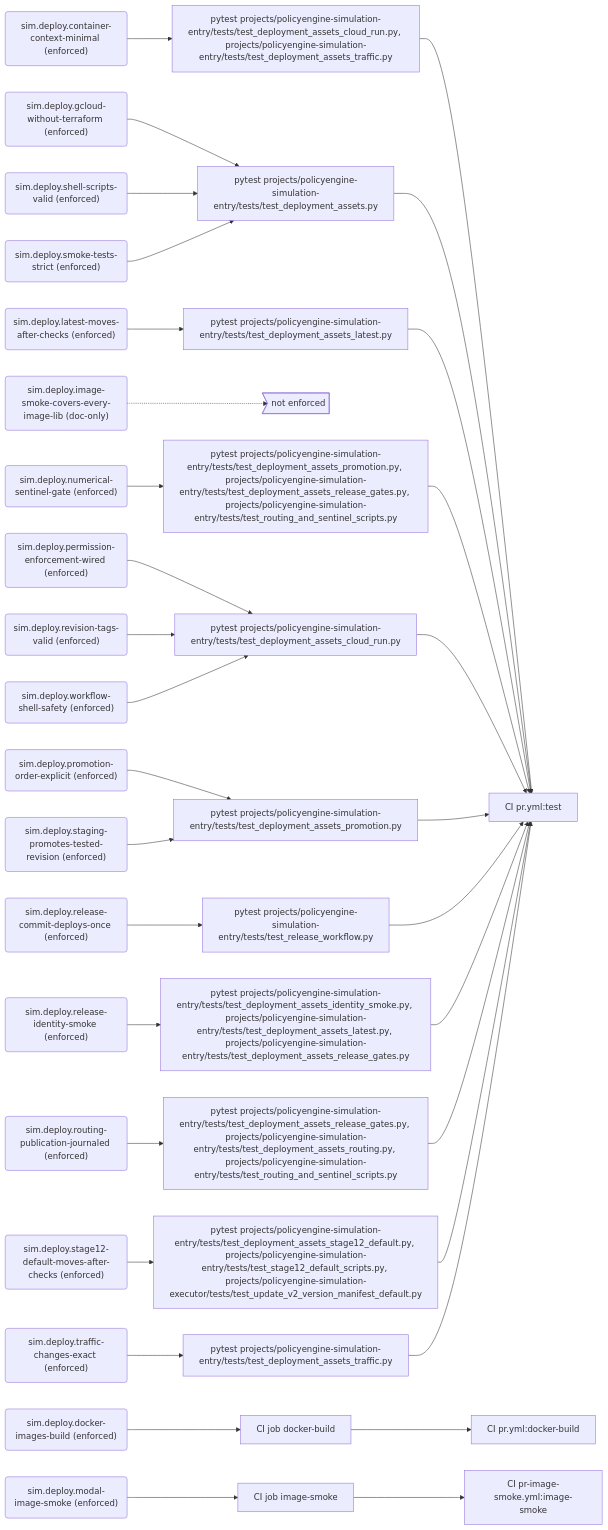
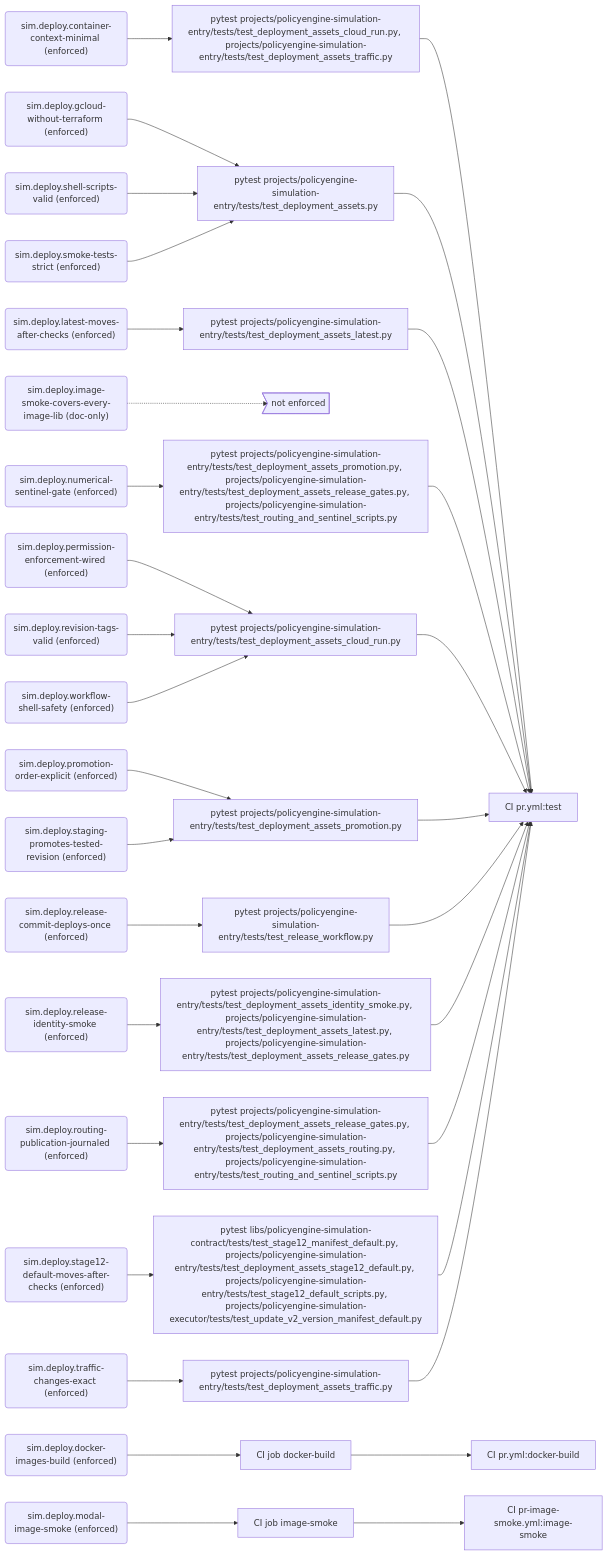
Before and after one commit to PolicyEngine/policyengine-sim-api: the third of 10 diagrams in docs/generated/rules.md, drawn with Mermaid. The commit also changed other lines of this file and 4 other files, not shown here.

First line of the commit message:
Refuse --force-default with --keep-default before opening the v2 manifest, and test the move's write checks

````diff
--- a/docs/generated/rules.md
+++ b/docs/generated/rules.md
@@ -166,71 +166,71 @@
 ```mermaid
 flowchart LR
   r_sim_deploy_container_context_minimal("sim.deploy.container-context-minimal (enforced)")
   e_pytest_projects_policyengine_simulation_entry_tests_test_deployment_assets_cloud_run_py__projects_policyengine_simulation_entry_tests_test_deployment_assets_traffic_py["pytest projects/policyengine-simulation-entry/tests/test_deployment_assets_cloud_run.py, projects/policyengine-simulation-entry/tests/test_deployment_assets_traffic.py"]
   j_CI_pr_yml_test["CI pr.yml:test"]
   r_sim_deploy_docker_images_build("sim.deploy.docker-images-build (enforced)")
   e_CI_job_docker_build["CI job docker-build"]
   j_CI_pr_yml_docker_build["CI pr.yml:docker-build"]
   r_sim_deploy_gcloud_without_terraform("sim.deploy.gcloud-without-terraform (enforced)")
   e_pytest_projects_policyengine_simulation_entry_tests_test_deployment_assets_py["pytest projects/policyengine-simulation-entry/tests/test_deployment_assets.py"]
   r_sim_deploy_image_smoke_covers_every_image_lib("sim.deploy.image-smoke-covers-every-image-lib (doc-only)")
   gap_unenforced>"not enforced"]
   r_sim_deploy_latest_moves_after_checks("sim.deploy.latest-moves-after-checks (enforced)")
   e_pytest_projects_policyengine_simulation_entry_tests_test_deployment_assets_latest_py["pytest projects/policyengine-simulation-entry/tests/test_deployment_assets_latest.py"]
   r_sim_deploy_modal_image_smoke("sim.deploy.modal-image-smoke (enforced)")
   e_CI_job_image_smoke["CI job image-smoke"]
   j_CI_pr_image_smoke_yml_image_smoke["CI pr-image-smoke.yml:image-smoke"]
   r_sim_deploy_numerical_sentinel_gate("sim.deploy.numerical-sentinel-gate (enforced)")
   e_pytest_projects_policyengine_simulation_entry_tests_test_deployment_assets_promotion_py__projects_policyengine_simulation_entry_tests_test_deployment_assets_release_gates_py__projects_policyengine_simulation_entry_tests_test_routing_and_sentinel_scripts_py["pytest projects/policyengine-simulation-entry/tests/test_deployment_assets_promotion.py, projects/policyengine-simulation-entry/tests/test_deployment_assets_release_gates.py, projects/policyengine-simulation-entry/tests/test_routing_and_sentinel_scripts.py"]
   r_sim_deploy_permission_enforcement_wired("sim.deploy.permission-enforcement-wired (enforced)")
   e_pytest_projects_policyengine_simulation_entry_tests_test_deployment_assets_cloud_run_py["pytest projects/policyengine-simulation-entry/tests/test_deployment_assets_cloud_run.py"]
   r_sim_deploy_promotion_order_explicit("sim.deploy.promotion-order-explicit (enforced)")
   e_pytest_projects_policyengine_simulation_entry_tests_test_deployment_assets_promotion_py["pytest projects/policyengine-simulation-entry/tests/test_deployment_assets_promotion.py"]
   r_sim_deploy_release_commit_deploys_once("sim.deploy.release-commit-deploys-once (enforced)")
   e_pytest_projects_policyengine_simulation_entry_tests_test_release_workflow_py["pytest projects/policyengine-simulation-entry/tests/test_release_workflow.py"]
   r_sim_deploy_release_identity_smoke("sim.deploy.release-identity-smoke (enforced)")
   e_pytest_projects_policyengine_simulation_entry_tests_test_deployment_assets_identity_smoke_py__projects_policyengine_simulation_entry_tests_test_deployment_assets_latest_py__projects_policyengine_simulation_entry_tests_test_deployment_assets_release_gates_py["pytest projects/policyengine-simulation-entry/tests/test_deployment_assets_identity_smoke.py, projects/policyengine-simulation-entry/tests/test_deployment_assets_latest.py, projects/policyengine-simulation-entry/tests/test_deployment_assets_release_gates.py"]
   r_sim_deploy_revision_tags_valid("sim.deploy.revision-tags-valid (enforced)")
   r_sim_deploy_routing_publication_journaled("sim.deploy.routing-publication-journaled (enforced)")
   e_pytest_projects_policyengine_simulation_entry_tests_test_deployment_assets_release_gates_py__projects_policyengine_simulation_entry_tests_test_deployment_assets_routing_py__projects_policyengine_simulation_entry_tests_test_routing_and_sentinel_scripts_py["pytest projects/policyengine-simulation-entry/tests/test_deployment_assets_release_gates.py, projects/policyengine-simulation-entry/tests/test_deployment_assets_routing.py, projects/policyengine-simulation-entry/tests/test_routing_and_sentinel_scripts.py"]
   r_sim_deploy_shell_scripts_valid("sim.deploy.shell-scripts-valid (enforced)")
   r_sim_deploy_smoke_tests_strict("sim.deploy.smoke-tests-strict (enforced)")
   r_sim_deploy_stage12_default_moves_after_checks("sim.deploy.stage12-default-moves-after-checks (enforced)")
-  e_pytest_projects_policyengine_simulation_entry_tests_test_deployment_assets_stage12_default_py__projects_policyengine_simulation_entry_tests_test_stage12_default_scripts_py__projects_policyengine_simulation_executor_tests_test_update_v2_version_manifest_default_py["pytest projects/policyengine-simulation-entry/tests/test_deployment_assets_stage12_default.py, projects/policyengine-simulation-entry/tests/test_stage12_default_scripts.py, projects/policyengine-simulation-executor/tests/test_update_v2_version_manifest_default.py"]
+  e_pytest_libs_policyengine_simulation_contract_tests_test_stage12_manifest_default_py__projects_policyengine_simulation_entry_tests_test_deployment_assets_stage12_default_py__projects_policyengine_simulation_entry_tests_test_stage12_default_scripts_py__projects_policyengine_simulation_executor_tests_test_update_v2_version_manifest_default_py["pytest libs/policyengine-simulation-contract/tests/test_stage12_manifest_default.py, projects/policyengine-simulation-entry/tests/test_deployment_assets_stage12_default.py, projects/policyengine-simulation-entry/tests/test_stage12_default_scripts.py, projects/policyengine-simulation-executor/tests/test_update_v2_version_manifest_default.py"]
   r_sim_deploy_staging_promotes_tested_revision("sim.deploy.staging-promotes-tested-revision (enforced)")
   r_sim_deploy_traffic_changes_exact("sim.deploy.traffic-changes-exact (enforced)")
   e_pytest_projects_policyengine_simulation_entry_tests_test_deployment_assets_traffic_py["pytest projects/policyengine-simulation-entry/tests/test_deployment_assets_traffic.py"]
   r_sim_deploy_workflow_shell_safety("sim.deploy.workflow-shell-safety (enforced)")
   r_sim_deploy_container_context_minimal --> e_pytest_projects_policyengine_simulation_entry_tests_test_deployment_assets_cloud_run_py__projects_policyengine_simulation_entry_tests_test_deployment_assets_traffic_py
   e_pytest_projects_policyengine_simulation_entry_tests_test_deployment_assets_cloud_run_py__projects_policyengine_simulation_entry_tests_test_deployment_assets_traffic_py --> j_CI_pr_yml_test
   r_sim_deploy_docker_images_build --> e_CI_job_docker_build
   e_CI_job_docker_build --> j_CI_pr_yml_docker_build
   r_sim_deploy_gcloud_without_terraform --> e_pytest_projects_policyengine_simulation_entry_tests_test_deployment_assets_py
   e_pytest_projects_policyengine_simulation_entry_tests_test_deployment_assets_py --> j_CI_pr_yml_test
   r_sim_deploy_image_smoke_covers_every_image_lib -.-> gap_unenforced
   r_sim_deploy_latest_moves_after_checks --> e_pytest_projects_policyengine_simulation_entry_tests_test_deployment_assets_latest_py
   e_pytest_projects_policyengine_simulation_entry_tests_test_deployment_assets_latest_py --> j_CI_pr_yml_test
   r_sim_deploy_modal_image_smoke --> e_CI_job_image_smoke
   e_CI_job_image_smoke --> j_CI_pr_image_smoke_yml_image_smoke
   r_sim_deploy_numerical_sentinel_gate --> e_pytest_projects_policyengine_simulation_entry_tests_test_deployment_assets_promotion_py__projects_policyengine_simulation_entry_tests_test_deployment_assets_release_gates_py__projects_policyengine_simulation_entry_tests_test_routing_and_sentinel_scripts_py
   e_pytest_projects_policyengine_simulation_entry_tests_test_deployment_assets_promotion_py__projects_policyengine_simulation_entry_tests_test_deployment_assets_release_gates_py__projects_policyengine_simulation_entry_tests_test_routing_and_sentinel_scripts_py --> j_CI_pr_yml_test
   r_sim_deploy_permission_enforcement_wired --> e_pytest_projects_policyengine_simulation_entry_tests_test_deployment_assets_cloud_run_py
   e_pytest_projects_policyengine_simulation_entry_tests_test_deployment_assets_cloud_run_py --> j_CI_pr_yml_test
   r_sim_deploy_promotion_order_explicit --> e_pytest_projects_policyengine_simulation_entry_tests_test_deployment_assets_promotion_py
   e_pytest_projects_policyengine_simulation_entry_tests_test_deployment_assets_promotion_py --> j_CI_pr_yml_test
   r_sim_deploy_release_commit_deploys_once --> e_pytest_projects_policyengine_simulation_entry_tests_test_release_workflow_py
   e_pytest_projects_policyengine_simulation_entry_tests_test_release_workflow_py --> j_CI_pr_yml_test
   r_sim_deploy_release_identity_smoke --> e_pytest_projects_policyengine_simulation_entry_tests_test_deployment_assets_identity_smoke_py__projects_policyengine_simulation_entry_tests_test_deployment_assets_latest_py__projects_policyengine_simulation_entry_tests_test_deployment_assets_release_gates_py
   e_pytest_projects_policyengine_simulation_entry_tests_test_deployment_assets_identity_smoke_py__projects_policyengine_simulation_entry_tests_test_deployment_assets_latest_py__projects_policyengine_simulation_entry_tests_test_deployment_assets_release_gates_py --> j_CI_pr_yml_test
   r_sim_deploy_revision_tags_valid --> e_pytest_projects_policyengine_simulation_entry_tests_test_deployment_assets_cloud_run_py
   r_sim_deploy_routing_publication_journaled --> e_pytest_projects_policyengine_simulation_entry_tests_test_deployment_assets_release_gates_py__projects_policyengine_simulation_entry_tests_test_deployment_assets_routing_py__projects_policyengine_simulation_entry_tests_test_routing_and_sentinel_scripts_py
   e_pytest_projects_policyengine_simulation_entry_tests_test_deployment_assets_release_gates_py__projects_policyengine_simulation_entry_tests_test_deployment_assets_routing_py__projects_policyengine_simulation_entry_tests_test_routing_and_sentinel_scripts_py --> j_CI_pr_yml_test
   r_sim_deploy_shell_scripts_valid --> e_pytest_projects_policyengine_simulation_entry_tests_test_deployment_assets_py
   r_sim_deploy_smoke_tests_strict --> e_pytest_projects_policyengine_simulation_entry_tests_test_deployment_assets_py
-  r_sim_deploy_stage12_default_moves_after_checks --> e_pytest_projects_policyengine_simulation_entry_tests_test_deployment_assets_stage12_default_py__projects_policyengine_simulation_entry_tests_test_stage12_default_scripts_py__projects_policyengine_simulation_executor_tests_test_update_v2_version_manifest_default_py
-  e_pytest_projects_policyengine_simulation_entry_tests_test_deployment_assets_stage12_default_py__projects_policyengine_simulation_entry_tests_test_stage12_default_scripts_py__projects_policyengine_simulation_executor_tests_test_update_v2_version_manifest_default_py --> j_CI_pr_yml_test
+  r_sim_deploy_stage12_default_moves_after_checks --> e_pytest_libs_policyengine_simulation_contract_tests_test_stage12_manifest_default_py__projects_policyengine_simulation_entry_tests_test_deployment_assets_stage12_default_py__projects_policyengine_simulation_entry_tests_test_stage12_default_scripts_py__projects_policyengine_simulation_executor_tests_test_update_v2_version_manifest_default_py
+  e_pytest_libs_policyengine_simulation_contract_tests_test_stage12_manifest_default_py__projects_policyengine_simulation_entry_tests_test_deployment_assets_stage12_default_py__projects_policyengine_simulation_entry_tests_test_stage12_default_scripts_py__projects_policyengine_simulation_executor_tests_test_update_v2_version_manifest_default_py --> j_CI_pr_yml_test
   r_sim_deploy_staging_promotes_tested_revision --> e_pytest_projects_policyengine_simulation_entry_tests_test_deployment_assets_promotion_py
   r_sim_deploy_traffic_changes_exact --> e_pytest_projects_policyengine_simulation_entry_tests_test_deployment_assets_traffic_py
   e_pytest_projects_policyengine_simulation_entry_tests_test_deployment_assets_traffic_py --> j_CI_pr_yml_test
   r_sim_deploy_workflow_shell_safety --> e_pytest_projects_policyengine_simulation_entry_tests_test_deployment_assets_cloud_run_py
 ```
````
